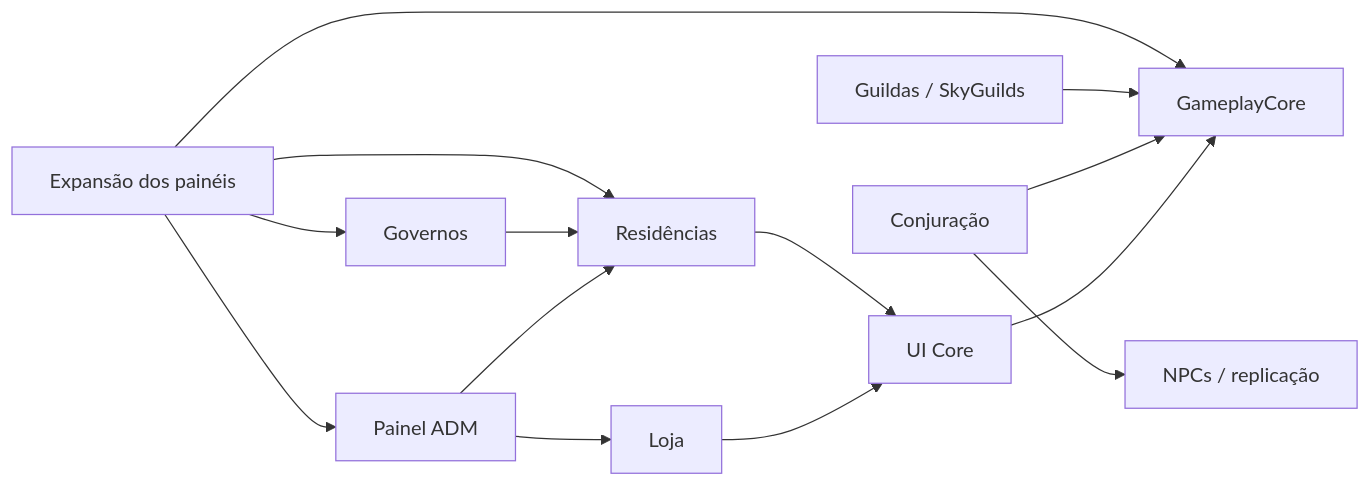
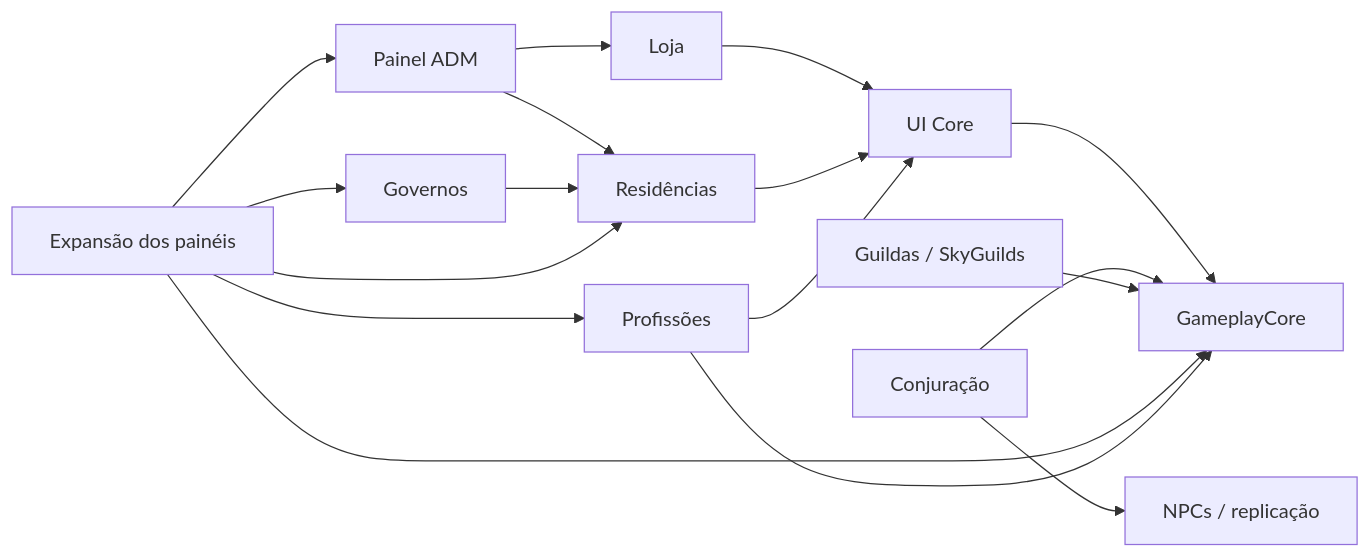
The diagram in 02-sistemas/README.md (pablo-rodrigues1/AETHERIUS-ACERVO-DE-INFORMACOES), drawn with Mermaid before and after one commit. The commit also changed other lines of this file and 17 other files, not shown here.

Commit message:
docs(profissoes): consolidar documentacao do GameplayCore e guias da Staff

````diff
--- a/02-sistemas/README.md
+++ b/02-sistemas/README.md
@@ -42,16 +43,19 @@
 ```mermaid
 flowchart LR
   ui-core[UI Core] --> gameplay-core[GameplayCore]
   conjuracao[Conjuração] --> gameplay-core
   conjuracao --> npcs[NPCs / replicação]
   loja[Loja] --> ui-core
   residencias[Residências] --> ui-core
   painel[Painel ADM] --> loja
   painel --> residencias
   governos[Governos] --> residencias
   expansao[Expansão dos painéis] --> governos
   guildas[Guildas / SkyGuilds] --> gameplay-core
   expansao --> painel
   expansao --> residencias
   expansao --> gameplay-core
+  profissoes[Profissões] --> gameplay-core
+  profissoes --> ui-core
+  expansao --> profissoes
 ```
````
